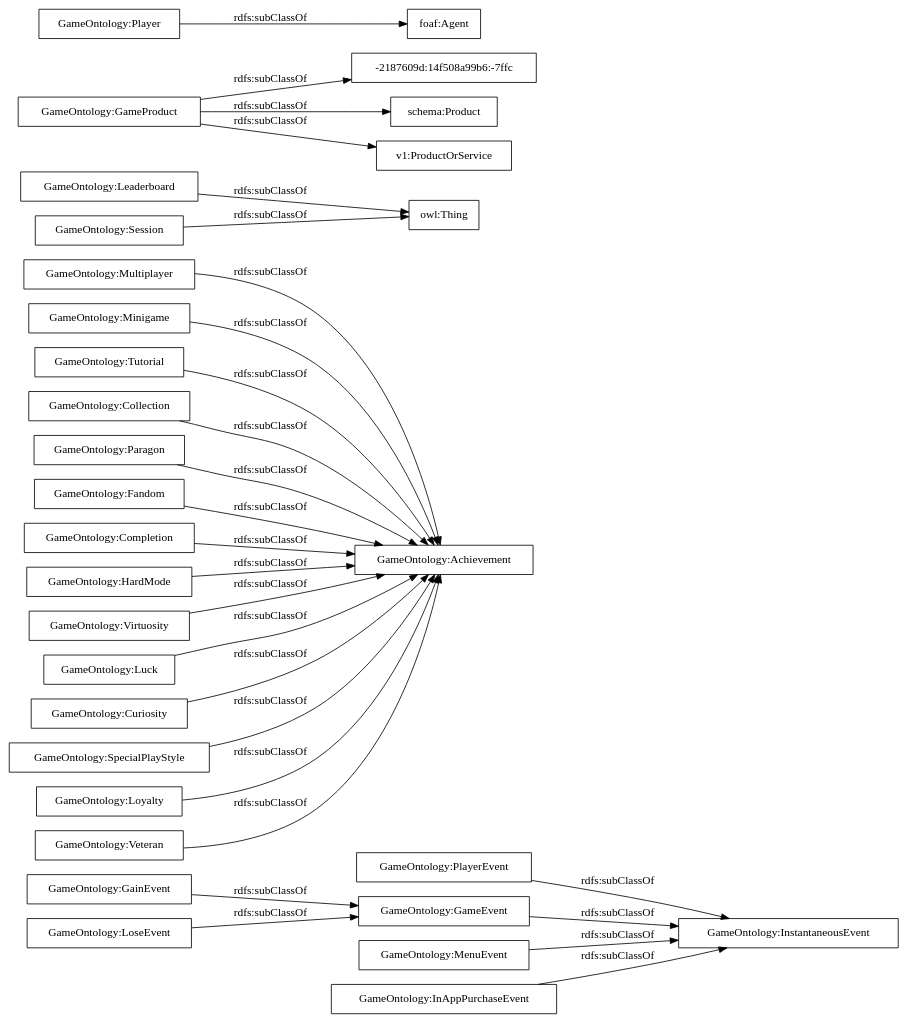
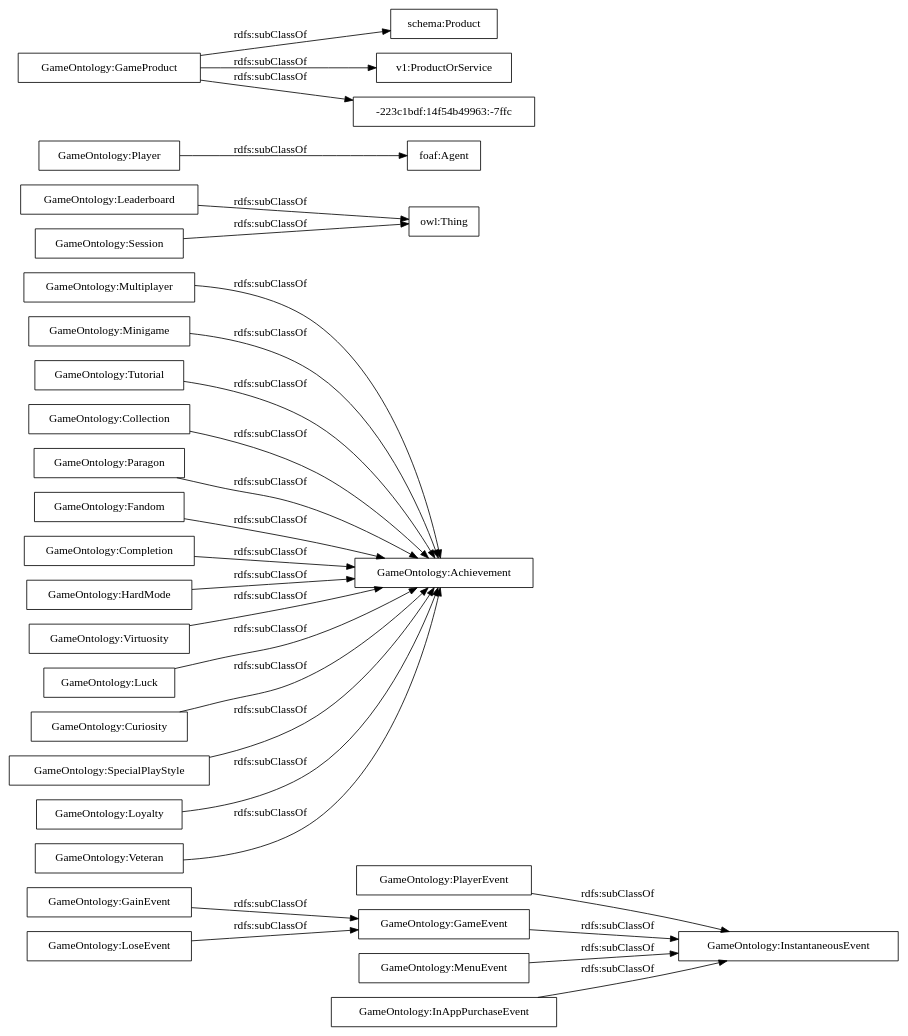
The diagram in OnToology/old/GameOntologyv1.owl/diagrams/ar2dtool-taxonomy/GameOntologyv1.owl.png.dot (dgarijo/VideoGameOntology), drawn with Graphviz before and after one commit. The commit also changed 107 other files, not shown here.

```diff
--- a/OnToology/old/GameOntologyv1.owl/diagrams/ar2dtool-taxonomy/GameOntologyv1.owl.png.dot
+++ b/OnToology/old/GameOntologyv1.owl/diagrams/ar2dtool-taxonomy/GameOntologyv1.owl.png.dot
@@ -1,32 +1,32 @@
 digraph ar2dtool_diagram { 
 rankdir=LR;
 size="1000"
-node [shape = rectangle, color="black"]; "GameOntology:PlayerEvent" "GameOntology:Multiplayer" "GameOntology:GameEvent" "GameOntology:Leaderboard" "-2187609d:14f508a99b6:-7ffc" "GameOntology:Minigame" "foaf:Agent" "GameOntology:MenuEvent" "GameOntology:Tutorial" "GameOntology:Collection" "GameOntology:Paragon" "GameOntology:GameProduct" "GameOntology:Fandom" "schema:Product" "GameOntology:Completion" "GameOntology:InAppPurchaseEvent" "GameOntology:HardMode" "GameOntology:GainEvent" "GameOntology:Virtuosity" "owl:Thing" "GameOntology:LoseEvent" "GameOntology:Luck" "v1:ProductOrService" "GameOntology:Curiosity" "GameOntology:Session" "GameOntology:InstantaneousEvent" "GameOntology:SpecialPlayStyle" "GameOntology:Loyalty" "GameOntology:Player" "GameOntology:Achievement" "GameOntology:Veteran" ; /*classes style*/
+node [shape = rectangle, color="black"]; "GameOntology:PlayerEvent" "GameOntology:Multiplayer" "GameOntology:GameEvent" "GameOntology:Leaderboard" "GameOntology:Minigame" "foaf:Agent" "GameOntology:MenuEvent" "GameOntology:Tutorial" "GameOntology:Collection" "GameOntology:Paragon" "GameOntology:GameProduct" "GameOntology:Fandom" "schema:Product" "GameOntology:Completion" "GameOntology:InAppPurchaseEvent" "GameOntology:HardMode" "GameOntology:GainEvent" "GameOntology:Virtuosity" "owl:Thing" "GameOntology:LoseEvent" "GameOntology:Luck" "v1:ProductOrService" "GameOntology:Curiosity" "GameOntology:Session" "GameOntology:InstantaneousEvent" "GameOntology:SpecialPlayStyle" "-223c1bdf:14f54b49963:-7ffc" "GameOntology:Loyalty" "GameOntology:Player" "GameOntology:Achievement" "GameOntology:Veteran" ; /*classes style*/
 	"GameOntology:Virtuosity" -> "GameOntology:Achievement" [ label = "rdfs:subClassOf" ];
 	"GameOntology:Fandom" -> "GameOntology:Achievement" [ label = "rdfs:subClassOf" ];
 	"GameOntology:Tutorial" -> "GameOntology:Achievement" [ label = "rdfs:subClassOf" ];
 	"GameOntology:SpecialPlayStyle" -> "GameOntology:Achievement" [ label = "rdfs:subClassOf" ];
 	"GameOntology:GameEvent" -> "GameOntology:InstantaneousEvent" [ label = "rdfs:subClassOf" ];
 	"GameOntology:Minigame" -> "GameOntology:Achievement" [ label = "rdfs:subClassOf" ];
 	"GameOntology:HardMode" -> "GameOntology:Achievement" [ label = "rdfs:subClassOf" ];
 	"GameOntology:Loyalty" -> "GameOntology:Achievement" [ label = "rdfs:subClassOf" ];
 	"GameOntology:MenuEvent" -> "GameOntology:InstantaneousEvent" [ label = "rdfs:subClassOf" ];
 	"GameOntology:Paragon" -> "GameOntology:Achievement" [ label = "rdfs:subClassOf" ];
 	"GameOntology:GainEvent" -> "GameOntology:GameEvent" [ label = "rdfs:subClassOf" ];
 	"GameOntology:Luck" -> "GameOntology:Achievement" [ label = "rdfs:subClassOf" ];
 	"GameOntology:InAppPurchaseEvent" -> "GameOntology:InstantaneousEvent" [ label = "rdfs:subClassOf" ];
 	"GameOntology:Session" -> "owl:Thing" [ label = "rdfs:subClassOf" ];
 	"GameOntology:Collection" -> "GameOntology:Achievement" [ label = "rdfs:subClassOf" ];
 	"GameOntology:Completion" -> "GameOntology:Achievement" [ label = "rdfs:subClassOf" ];
 	"GameOntology:Player" -> "foaf:Agent" [ label = "rdfs:subClassOf" ];
 	"GameOntology:LoseEvent" -> "GameOntology:GameEvent" [ label = "rdfs:subClassOf" ];
-	"GameOntology:GameProduct" -> "-2187609d:14f508a99b6:-7ffc" [ label = "rdfs:subClassOf" ];
+	"GameOntology:GameProduct" -> "-223c1bdf:14f54b49963:-7ffc" [ label = "rdfs:subClassOf" ];
 	"GameOntology:GameProduct" -> "schema:Product" [ label = "rdfs:subClassOf" ];
 	"GameOntology:GameProduct" -> "v1:ProductOrService" [ label = "rdfs:subClassOf" ];
 	"GameOntology:Veteran" -> "GameOntology:Achievement" [ label = "rdfs:subClassOf" ];
 	"GameOntology:Leaderboard" -> "owl:Thing" [ label = "rdfs:subClassOf" ];
 	"GameOntology:Multiplayer" -> "GameOntology:Achievement" [ label = "rdfs:subClassOf" ];
 	"GameOntology:Curiosity" -> "GameOntology:Achievement" [ label = "rdfs:subClassOf" ];
 	"GameOntology:PlayerEvent" -> "GameOntology:InstantaneousEvent" [ label = "rdfs:subClassOf" ];
 
 }
```
